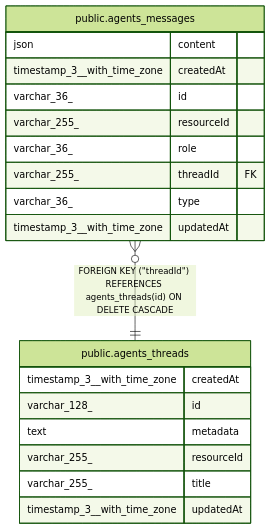
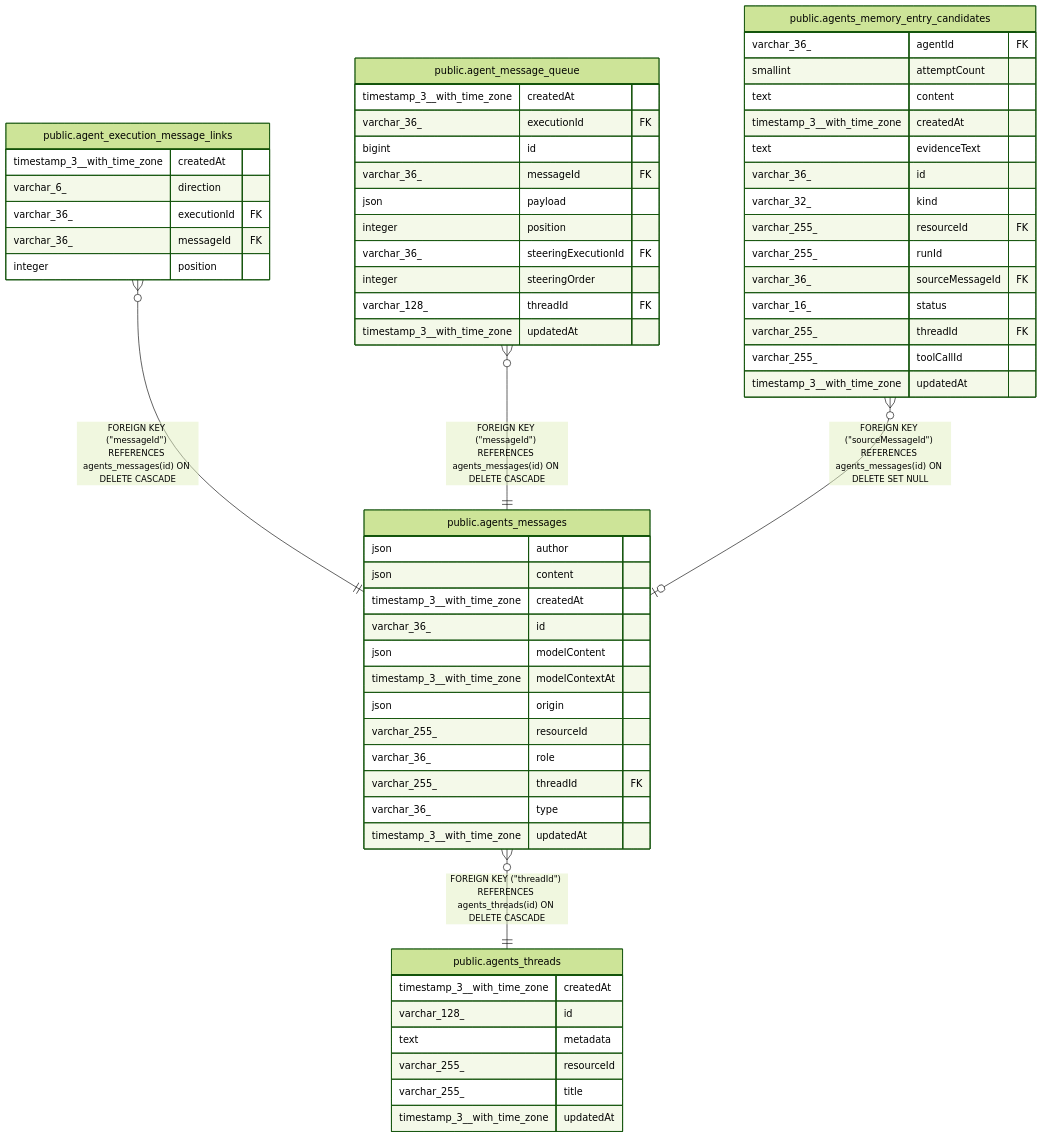
Before and after one commit to koreatest12/studys: the diagram in n8n_integration/n8n_source/docs/generated/postgres-schema/public.agents_messages.md, drawn with Mermaid (forest theme). The commit also changed other lines of this file and 23019 other files, not shown here.

````diff
--- a/n8n_integration/n8n_source/docs/generated/postgres-schema/public.agents_messages.md
+++ b/n8n_integration/n8n_source/docs/generated/postgres-schema/public.agents_messages.md
@@ -40,24 +46,66 @@
 ```mermaid
 erDiagram
 
+"public.agent_execution_message_links" }o--|| "public.agents_messages" : "FOREIGN KEY (#quot;messageId#quot;) REFERENCES agents_messages(id) ON DELETE CASCADE"
+"public.agent_message_queue" }o--|| "public.agents_messages" : "FOREIGN KEY (#quot;messageId#quot;) REFERENCES agents_messages(id) ON DELETE CASCADE"
+"public.agents_memory_entry_candidates" }o--o| "public.agents_messages" : "FOREIGN KEY (#quot;sourceMessageId#quot;) REFERENCES agents_messages(id) ON DELETE SET NULL"
 "public.agents_messages" }o--|| "public.agents_threads" : "FOREIGN KEY (#quot;threadId#quot;) REFERENCES agents_threads(id) ON DELETE CASCADE"
 
 "public.agents_messages" {
+  json author
   json content
   timestamp_3__with_time_zone createdAt
   varchar_36_ id
+  json modelContent
+  timestamp_3__with_time_zone modelContextAt
+  json origin
   varchar_255_ resourceId
   varchar_36_ role
   varchar_255_ threadId FK
   varchar_36_ type
+  timestamp_3__with_time_zone updatedAt
+}
+"public.agent_execution_message_links" {
+  timestamp_3__with_time_zone createdAt
+  varchar_6_ direction
+  varchar_36_ executionId FK
+  varchar_36_ messageId FK
+  integer position
+}
+"public.agent_message_queue" {
+  timestamp_3__with_time_zone createdAt
+  varchar_36_ executionId FK
+  bigint id
+  varchar_36_ messageId FK
+  json payload
+  integer position
+  varchar_36_ steeringExecutionId FK
+  integer steeringOrder
+  varchar_128_ threadId FK
+  timestamp_3__with_time_zone updatedAt
+}
+"public.agents_memory_entry_candidates" {
+  varchar_36_ agentId FK
+  smallint attemptCount
+  text content
+  timestamp_3__with_time_zone createdAt
+  text evidenceText
+  varchar_36_ id
+  varchar_32_ kind
+  varchar_255_ resourceId FK
+  varchar_255_ runId
+  varchar_36_ sourceMessageId FK
+  varchar_16_ status
+  varchar_255_ threadId FK
+  varchar_255_ toolCallId
   timestamp_3__with_time_zone updatedAt
 }
 "public.agents_threads" {
   timestamp_3__with_time_zone createdAt
   varchar_128_ id
   text metadata
   varchar_255_ resourceId
   varchar_255_ title
   timestamp_3__with_time_zone updatedAt
 }
 ```
````
